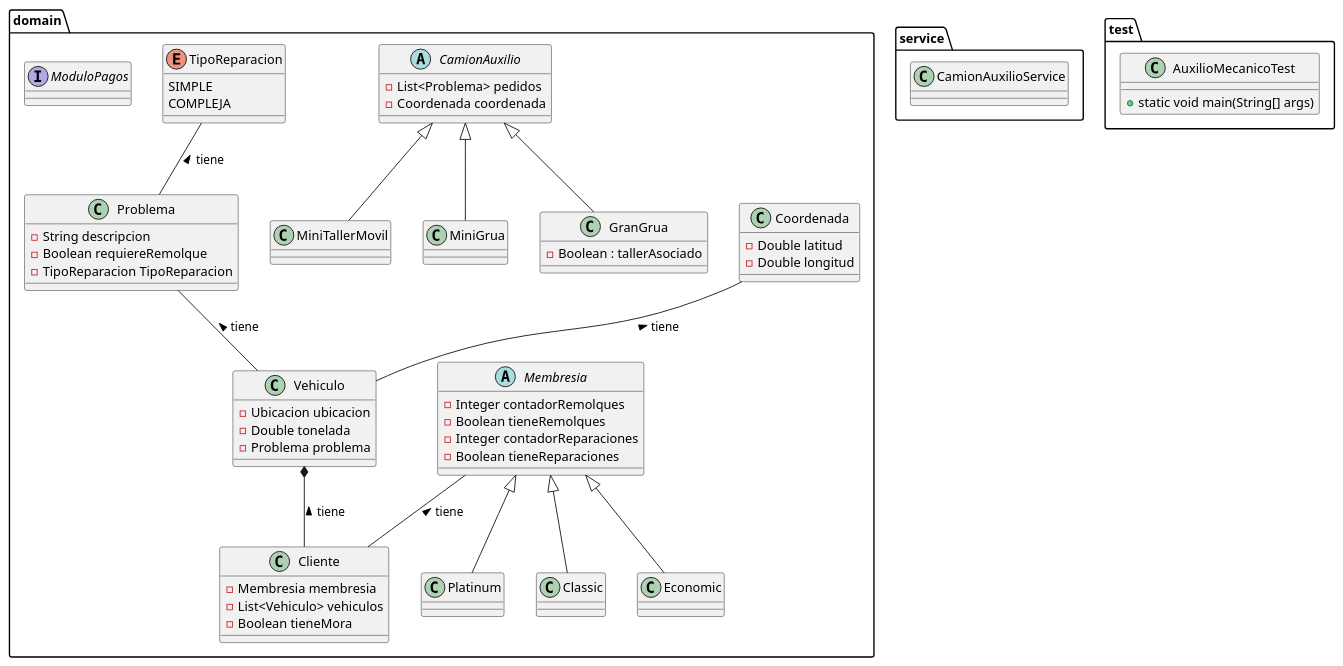
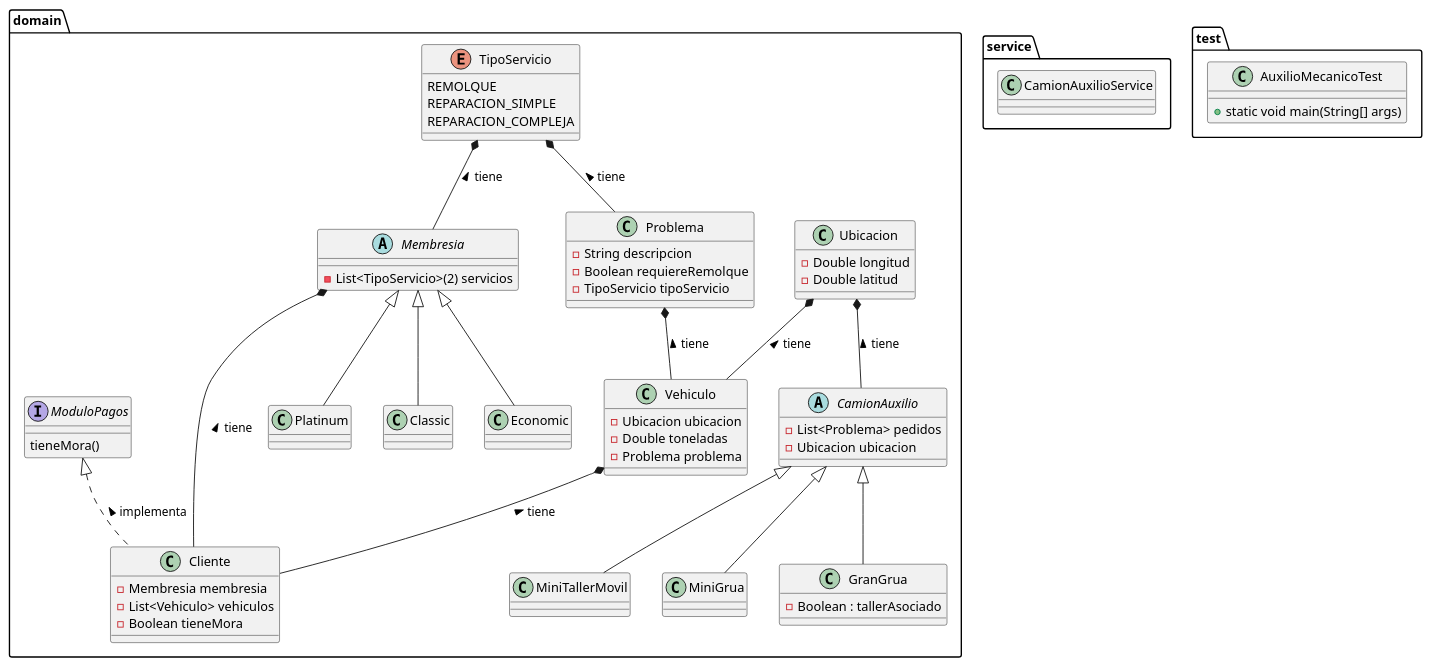
One commit to DrewArg/FinalProgramacionAvanzada changed the diagram in src/doc/auxilio-mecanico-analisis.puml. Above: the diagram before and after it, drawn with PlantUML. The commit also changed 14 other files, not shown here.

```diff
--- a/src/doc/auxilio-mecanico-analisis.puml
+++ b/src/doc/auxilio-mecanico-analisis.puml
@@ -1,99 +1,102 @@
 @startuml final
 
 package domain{
+
     class Cliente{
         - Membresia membresia
         - List<Vehiculo> vehiculos
         - Boolean tieneMora
     }
 
     abstract class Membresia{
-		- Integer contadorRemolques
-		- Boolean tieneRemolques
-		- Integer contadorReparaciones
-		- Boolean tieneReparaciones
+		- List<TipoServicio>(2) servicios 
     }
 
     class Platinum extends Membresia{
        
     }
 
     class Classic extends Membresia{
         
     }
 
     class Economic extends Membresia{
         
     }
 
     class Vehiculo{
         - Ubicacion ubicacion
-        - Double tonelada
+        - Double toneladas
         - Problema problema
     }
 
-    class Coordenada{
+    class Ubicacion{
+        - Double longitud
         - Double latitud
-        - Double longitud
     }
 
 
     abstract class CamionAuxilio{
         - List<Problema> pedidos
-        - Coordenada coordenada
+        - Ubicacion ubicacion
     }
 
     class MiniTallerMovil extends CamionAuxilio{
 
     }
 
     class MiniGrua extends CamionAuxilio{
 
     }
 
     class GranGrua extends CamionAuxilio{
         -Boolean : tallerAsociado
     }
 
     class Problema{
         - String descripcion
         - Boolean requiereRemolque
-        - TipoReparacion TipoReparacion
+        - TipoServicio tipoServicio
     }
 
-    Enum TipoReparacion{
-		SIMPLE
-		COMPLEJA
+	Enum TipoServicio{
+	REMOLQUE
+	REPARACION_SIMPLE
+	REPARACION_COMPLEJA
+	}
+
+    interface ModuloPagos{
+		tieneMora()
     }
 
-    interface ModuloPagos{
-
-    }
 
 }
 
-Problema        -- Vehiculo : tiene <
-Membresia       -- Cliente  : tiene <
-Vehiculo       *-- Cliente  : tiene <
-TipoReparacion  -- Problema : tiene <
-Coordenada      -- Vehiculo : tiene <
+Problema        *--   Vehiculo       : tiene      <
+Ubicacion       *--   Vehiculo       : tiene      <
+Ubicacion       *--   CamionAuxilio  : tiene      <
+Membresia       *--   Cliente        : tiene      <
+Vehiculo        *--   Cliente        : tiene      <
+ModuloPagos     <|..  Cliente        : implementa <
+TipoServicio    *--   Problema       : tiene      <
+TipoServicio    *--   Membresia      : tiene      <
 
 
 
 package service{
     class CamionAuxilioService{
 
     }
 }
 
 package test{
 
 	class AuxilioMecanicoTest{
 	
 	+ static void main(String[] args)
 	}
 }
 
 
 
 @enduml
```
